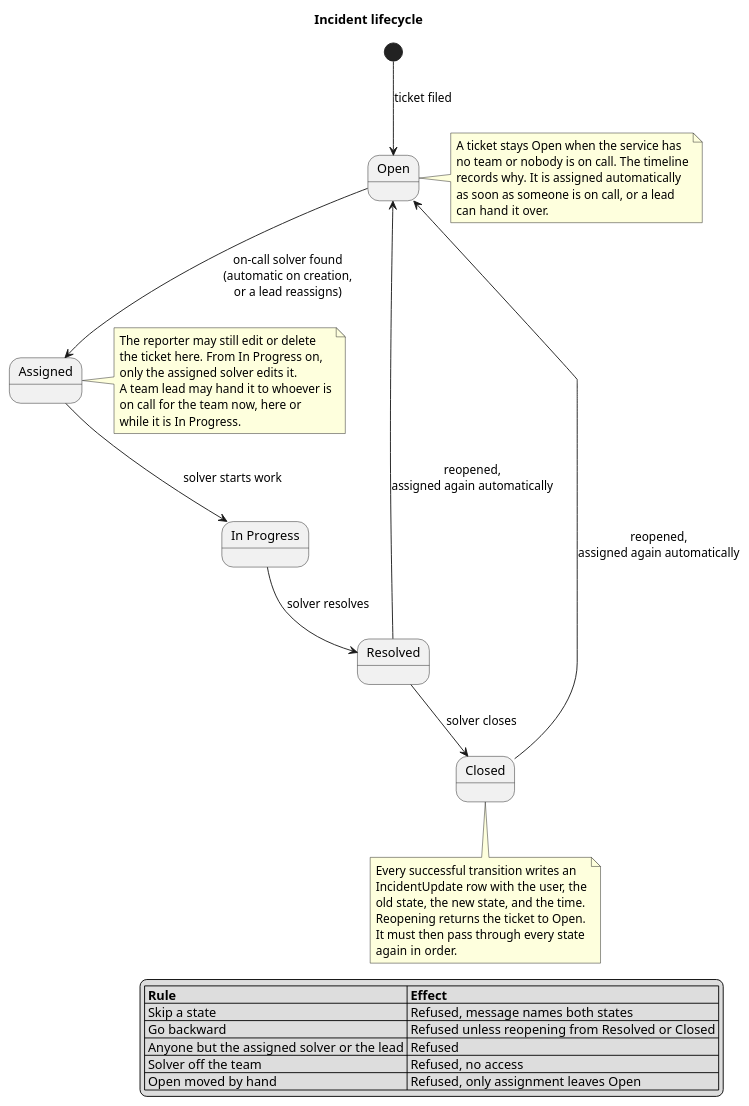
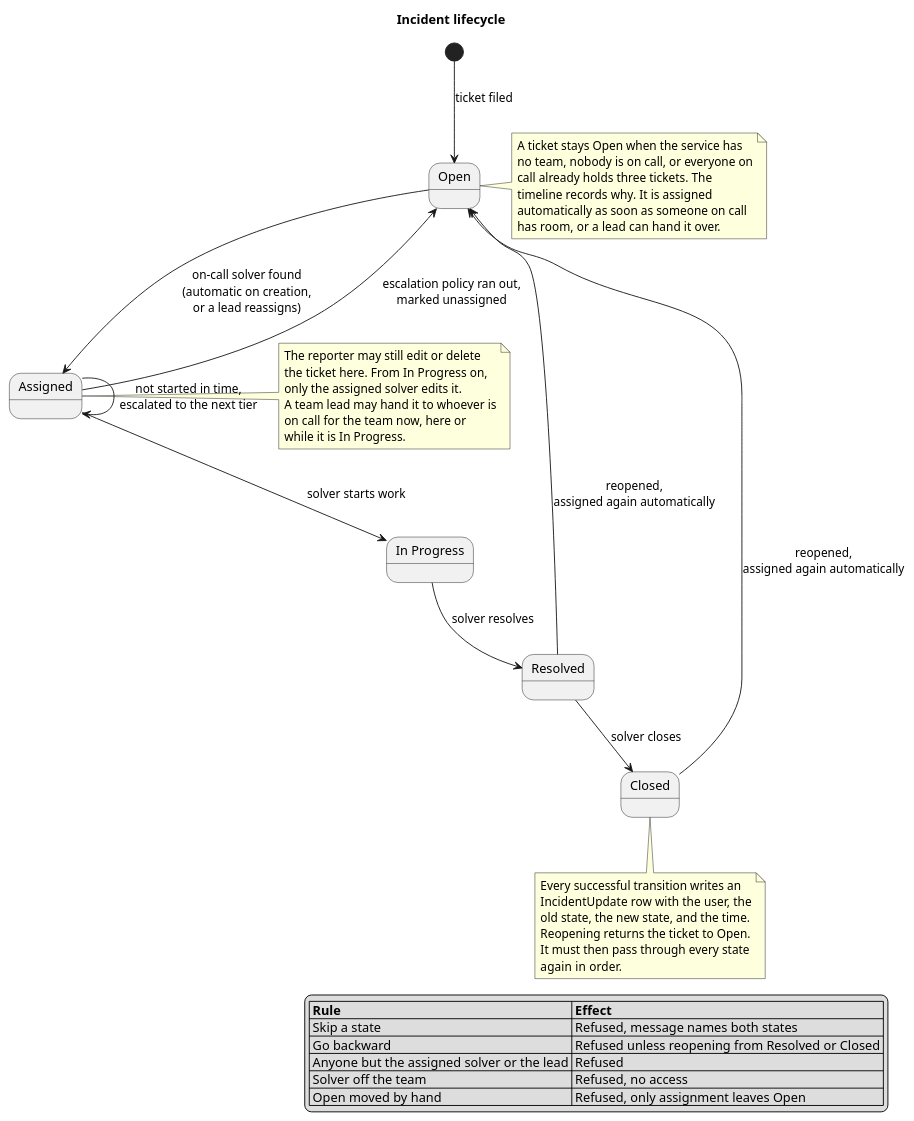
Before and after one commit to ZiedRbd/COSC-3339-Fall-2026-Term-Project: the diagram in docs/incident-state-machine.puml, drawn with PlantUML. The commit also changed 6 other files, not shown here.

Commit message:
README and docs describe Sprint 4: escalation policy, the minute timer, notifications, the three-ticket cap, secondary shifts, and the two new tables

```diff
--- a/docs/incident-state-machine.puml
+++ b/docs/incident-state-machine.puml
@@ -1,49 +1,52 @@
 @startuml
 title Incident lifecycle
 
 [*] --> Open : ticket filed
 
 state "In Progress" as InProgress
 
 Open --> Assigned : on-call solver found\n(automatic on creation,\nor a lead reassigns)
 Assigned --> InProgress : solver starts work
 InProgress --> Resolved : solver resolves
 Resolved --> Closed : solver closes
 Resolved --> Open : reopened,\nassigned again automatically
 Closed --> Open : reopened,\nassigned again automatically
+Assigned --> Assigned : not started in time,\nescalated to the next tier
+Assigned --> Open : escalation policy ran out,\nmarked unassigned
 
 note right of Open
   A ticket stays Open when the service has
-  no team or nobody is on call. The timeline
-  records why. It is assigned automatically
-  as soon as someone is on call, or a lead
-  can hand it over.
+  no team, nobody is on call, or everyone on
+  call already holds three tickets. The
+  timeline records why. It is assigned
+  automatically as soon as someone on call
+  has room, or a lead can hand it over.
 end note
 
 note right of Assigned
   The reporter may still edit or delete
   the ticket here. From In Progress on,
   only the assigned solver edits it.
   A team lead may hand it to whoever is
   on call for the team now, here or
   while it is In Progress.
 end note
 
 note bottom of Closed
   Every successful transition writes an
   IncidentUpdate row with the user, the
   old state, the new state, and the time.
   Reopening returns the ticket to Open.
   It must then pass through every state
   again in order.
 end note
 
 legend right
   |= Rule |= Effect |
   | Skip a state | Refused, message names both states |
   | Go backward | Refused unless reopening from Resolved or Closed |
   | Anyone but the assigned solver or the lead | Refused |
   | Solver off the team | Refused, no access |
   | Open moved by hand | Refused, only assignment leaves Open |
 endlegend
 @enduml
```
